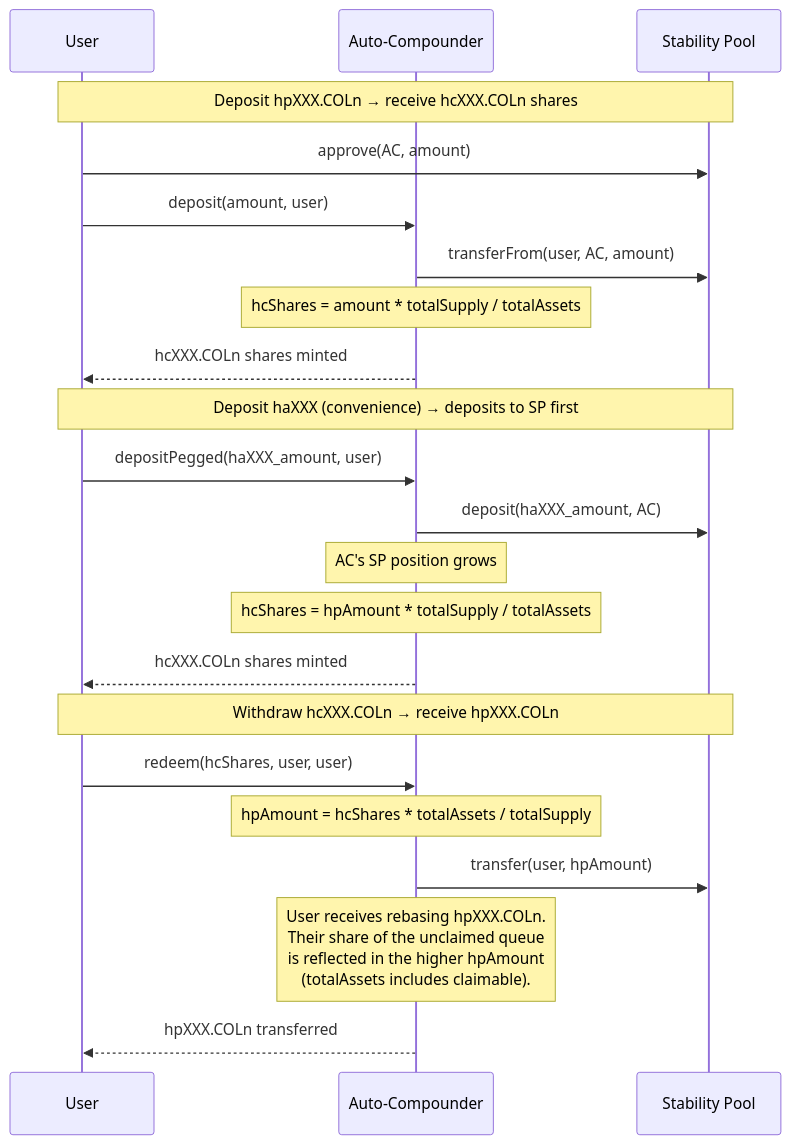
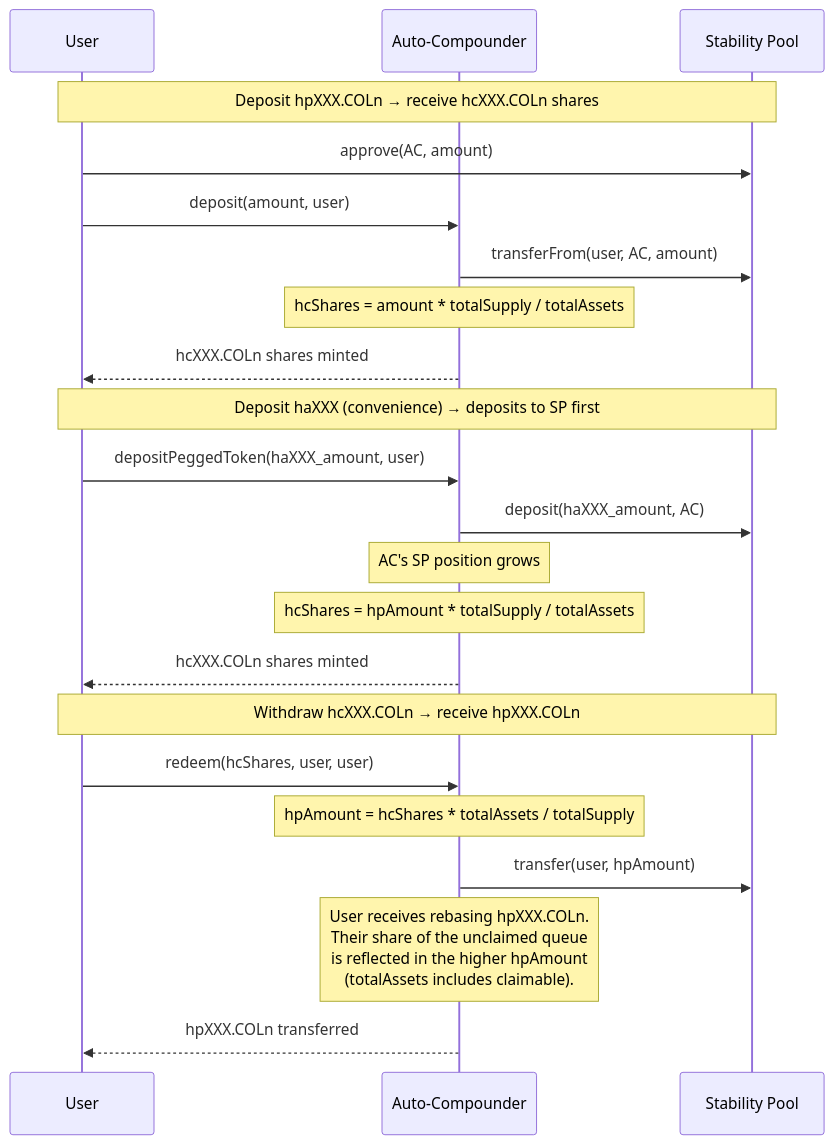
Before and after one commit to baofinance/harbor: the fourth of 8 diagrams in doc/ideas/autocompounding-vault-design.md, drawn with Mermaid. The commit also changed other lines of this file and 60 other files, not shown here.

````diff
--- a/doc/ideas/autocompounding-vault-design.md
+++ b/doc/ideas/autocompounding-vault-design.md
@@ -118,30 +118,30 @@
 ```mermaid
 sequenceDiagram
     participant User
     participant AC as Auto-Compounder
     participant SP as Stability Pool
 
     Note over User,SP: Deposit hpXXX.COLn → receive hcXXX.COLn shares
 
     User->>SP: approve(AC, amount)
     User->>AC: deposit(amount, user)
     AC->>SP: transferFrom(user, AC, amount)
     Note over AC: hcShares = amount * totalSupply / totalAssets
     AC-->>User: hcXXX.COLn shares minted
 
     Note over User,SP: Deposit haXXX (convenience) → deposits to SP first
 
-    User->>AC: depositPegged(haXXX_amount, user)
+    User->>AC: depositPeggedToken(haXXX_amount, user)
     AC->>SP: deposit(haXXX_amount, AC)
     Note over AC: AC's SP position grows
     Note over AC: hcShares = hpAmount * totalSupply / totalAssets
     AC-->>User: hcXXX.COLn shares minted
 
     Note over User,SP: Withdraw hcXXX.COLn → receive hpXXX.COLn
 
     User->>AC: redeem(hcShares, user, user)
     Note over AC: hpAmount = hcShares * totalAssets / totalSupply
     AC->>SP: transfer(user, hpAmount)
     Note over AC: User receives rebasing hpXXX.COLn.<br/>Their share of the unclaimed queue<br/>is reflected in the higher hpAmount<br/>(totalAssets includes claimable).
     AC-->>User: hpXXX.COLn transferred
 ```
````
